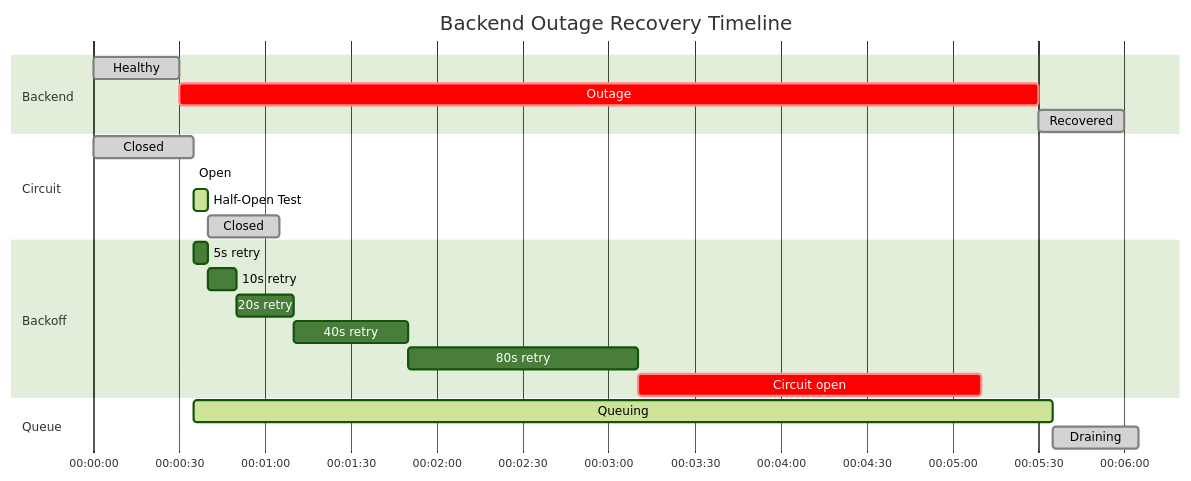
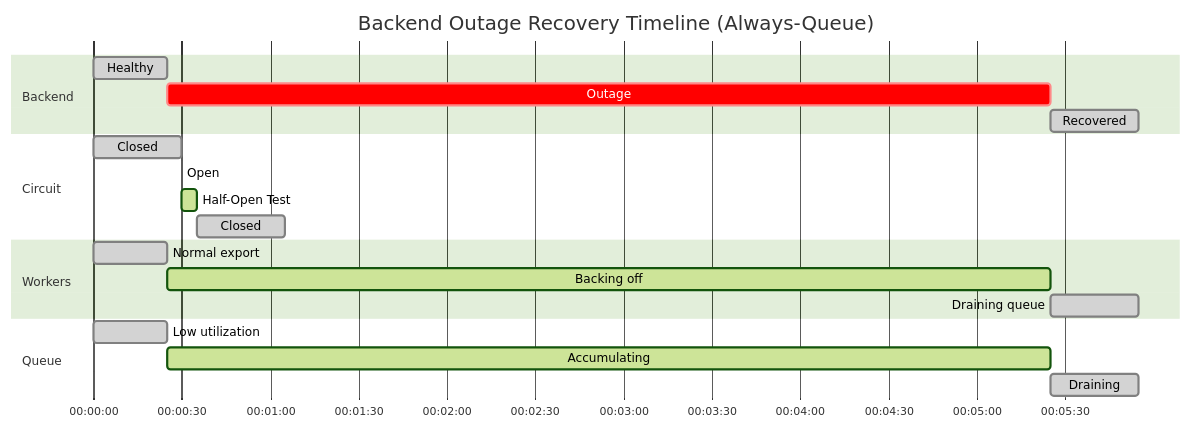
The sixth of 6 diagrams in docs/resilience.md (szibis/metrics-governor), drawn with Mermaid (forest theme) before and after one commit. The commit also changed other lines of this file and 41 other files, not shown here.

````diff
--- a/docs/resilience.md
+++ b/docs/resilience.md
@@ -306,29 +367,27 @@
 ```mermaid
 gantt
-    title Backend Outage Recovery Timeline
+    title Backend Outage Recovery Timeline (Always-Queue)
     dateFormat HH:mm:ss
     axisFormat %H:%M:%S
 
     section Backend
-    Healthy           :done, b1, 00:00:00, 30s
+    Healthy           :done, b1, 00:00:00, 25s
     Outage            :crit, b2, after b1, 5m
     Recovered         :done, b3, after b2, 30s
 
     section Circuit
-    Closed            :done, c1, 00:00:00, 35s
+    Closed            :done, c1, 00:00:00, 30s
     Open              :crit, c2, after c1, 4m25s
     Half-Open Test    :active, c3, after c2, 5s
-    Closed            :done, c4, after c3, 25s
+    Closed            :done, c4, after c3, 30s
 
-    section Backoff
-    5s retry          :r1, 00:00:35, 5s
-    10s retry         :r2, after r1, 10s
-    20s retry         :r3, after r2, 20s
-    40s retry         :r4, after r3, 40s
-    80s retry         :r5, after r4, 80s
-    Circuit open      :crit, r6, after r5, 2m
+    section Workers
+    Normal export     :done, w1, 00:00:00, 25s
+    Backing off       :active, w2, 00:00:25, 5m
+    Draining queue    :done, w3, after w2, 30s
 
     section Queue
-    Queuing           :active, q1, 00:00:35, 5m
-    Draining          :done, q2, after q1, 30s
+    Low utilization   :done, q1, 00:00:00, 25s
+    Accumulating      :active, q2, 00:00:25, 5m
+    Draining          :done, q3, after q2, 30s
 ```
````
